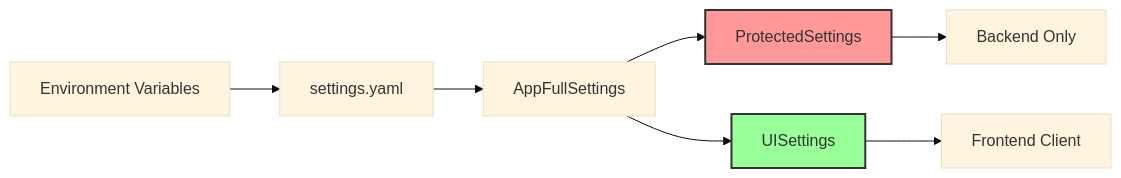
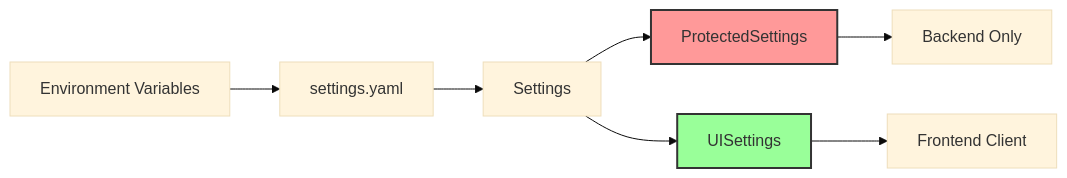
The second of 3 diagrams in docs/configuration/index.md (DreamLab-AI/VisionFlow), drawn with Mermaid (base theme) before and after one commit. The commit also changed other lines of this file and 57 other files, not shown here.

````diff
--- a/docs/configuration/index.md
+++ b/docs/configuration/index.md
@@ -356,12 +356,12 @@
 ```mermaid
 graph LR
     A[Environment Variables] --> B[settings.yaml]
-    B --> C[AppFullSettings]
+    B --> C[Settings]
     C --> D[ProtectedSettings]
     C --> E[UISettings]
     E --> F[Frontend Client]
     D --> G[Backend Only]
     
     style D fill:#ff9999,stroke:#333,stroke-width:2px
     style E fill:#99ff99,stroke:#333,stroke-width:2px
 ```
````
